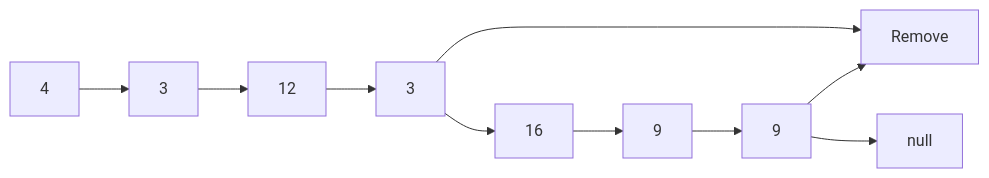
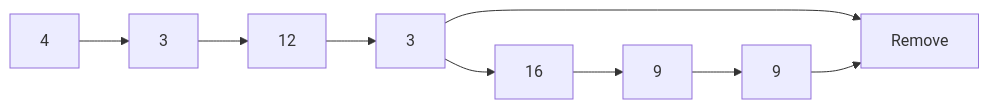
The second of 4 diagrams in remove-duplicates-from-a-linked-list.md (Jeffrey-S-Smith/reading-notes-401), drawn with Mermaid before and after one commit.

````diff
--- a/remove-duplicates-from-a-linked-list.md
+++ b/remove-duplicates-from-a-linked-list.md
@@ -29,10 +29,10 @@
 ```mermaid
     graph LR
     A[4] --> B[3]
     B --> C[12]
     C --> D[3] --> Remove
     D --> E[16]
     E --> F[9]
     F --> G[9] --> Remove
-    G --> H[null]
+    
 ```
````
